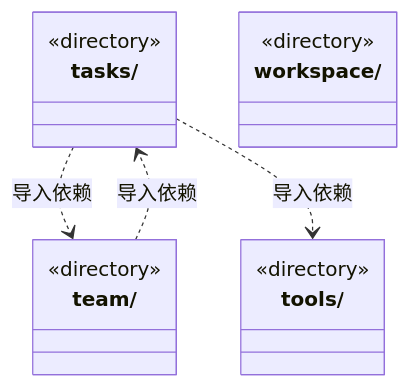
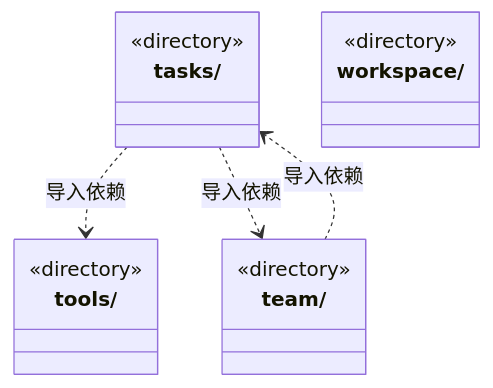
Before and after one commit to nan023062/cbim: the second of 2 diagrams in src/backend/core/ARCHITECTURE.md, drawn with Mermaid. The commit also changed other lines of this file and 56 other files, not shown here.

````diff
--- a/src/backend/core/ARCHITECTURE.md
+++ b/src/backend/core/ARCHITECTURE.md
@@ -42,18 +42,18 @@
 ```mermaid
 classDiagram
 class N_src_backend_core_tasks["tasks/"] {
   <<directory>>
 }
 class N_src_backend_core_team["team/"] {
   <<directory>>
 }
 class N_src_backend_core_tools["tools/"] {
   <<directory>>
 }
 class N_src_backend_core_workspace["workspace/"] {
   <<directory>>
 }
+N_src_backend_core_tasks ..> N_src_backend_core_tools : 导入依赖
 N_src_backend_core_tasks ..> N_src_backend_core_team : 导入依赖
-N_src_backend_core_tasks ..> N_src_backend_core_tools : 导入依赖
 N_src_backend_core_team ..> N_src_backend_core_tasks : 导入依赖
 ```
````
